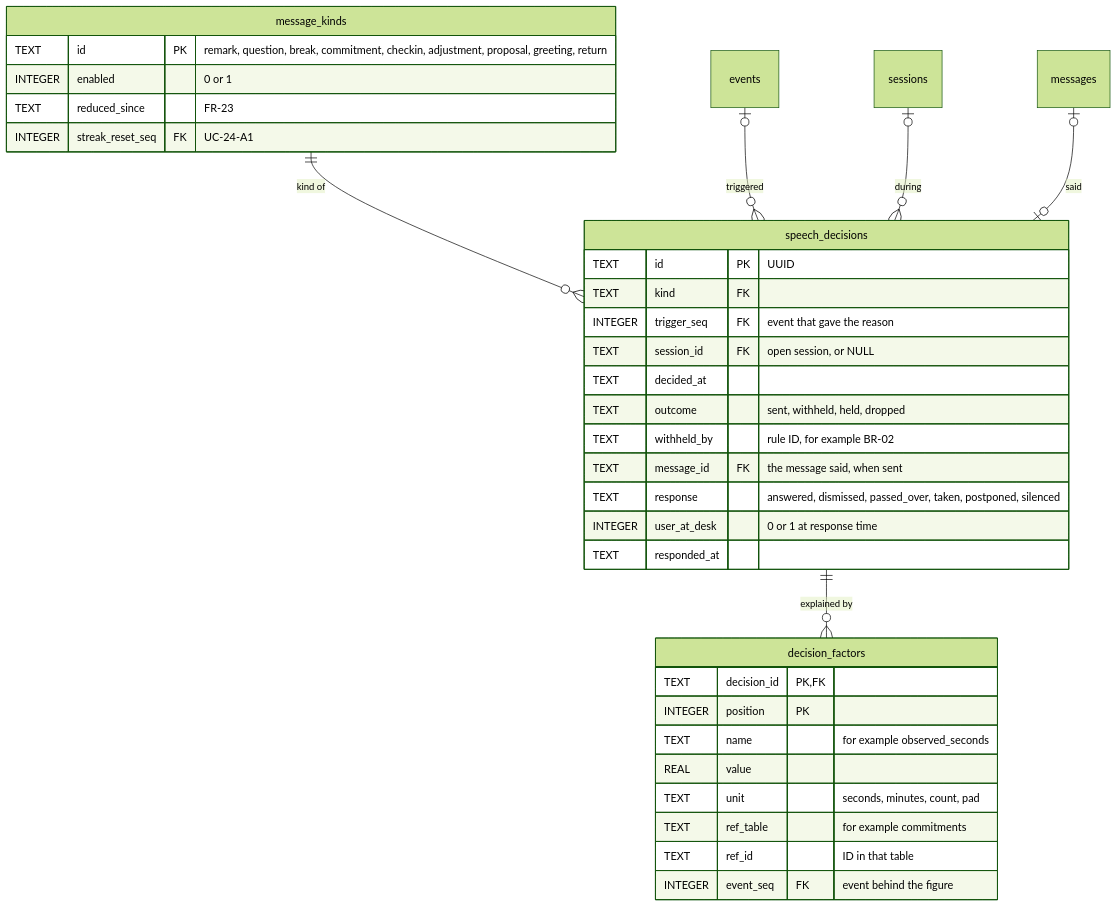
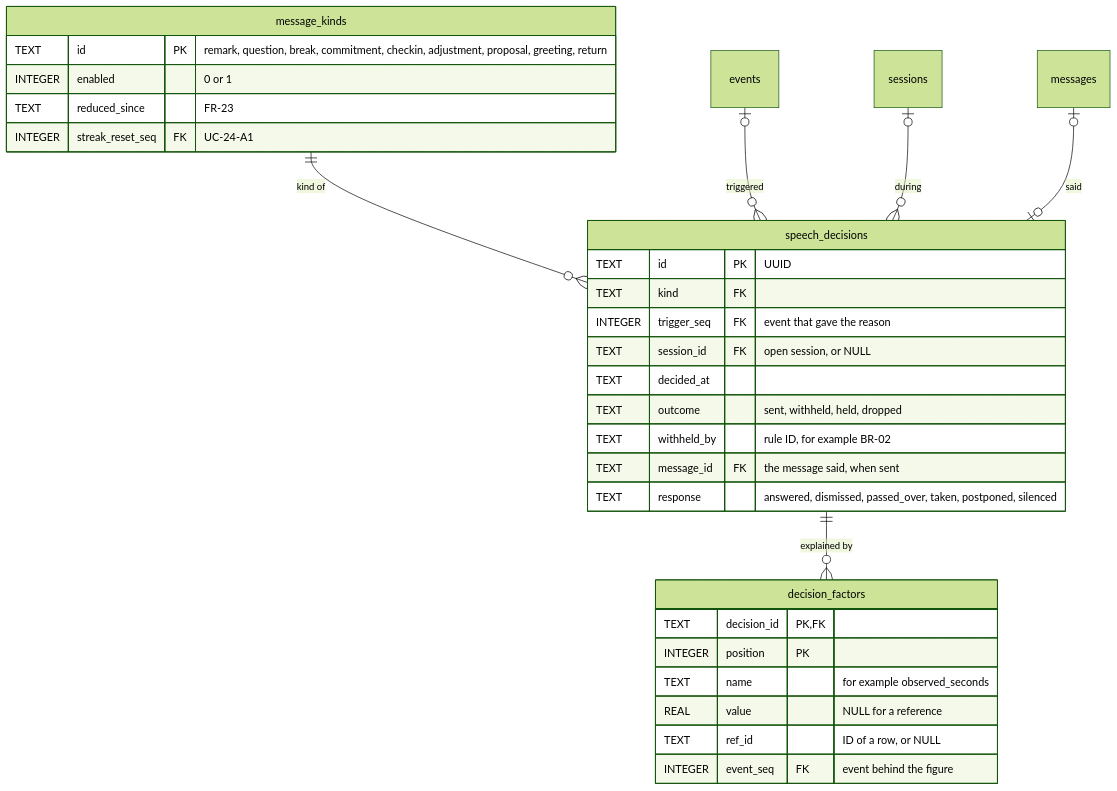
One commit to NguyenVu04/cognia changed the ninth of 10 diagrams in docs/ERD.md. Above: the diagram before and after it, drawn with Mermaid (forest theme). The commit also changed other lines of this file and 40 other files, not shown here.

````diff
--- a/docs/ERD.md
+++ b/docs/ERD.md
@@ -839,37 +848,33 @@
 ```mermaid
 erDiagram
     message_kinds {
         TEXT id PK "remark, question, break, commitment, checkin, adjustment, proposal, greeting, return"
         INTEGER enabled "0 or 1"
         TEXT reduced_since "FR-23"
         INTEGER streak_reset_seq FK "UC-24-A1"
     }
     speech_decisions {
         TEXT id PK "UUID"
         TEXT kind FK
         INTEGER trigger_seq FK "event that gave the reason"
         TEXT session_id FK "open session, or NULL"
         TEXT decided_at
         TEXT outcome "sent, withheld, held, dropped"
         TEXT withheld_by "rule ID, for example BR-02"
         TEXT message_id FK "the message said, when sent"
         TEXT response "answered, dismissed, passed_over, taken, postponed, silenced"
-        INTEGER user_at_desk "0 or 1 at response time"
-        TEXT responded_at
     }
     decision_factors {
         TEXT decision_id PK, FK
         INTEGER position PK
         TEXT name "for example observed_seconds"
-        REAL value
-        TEXT unit "seconds, minutes, count, pad"
-        TEXT ref_table "for example commitments"
-        TEXT ref_id "ID in that table"
+        REAL value "NULL for a reference"
+        TEXT ref_id "ID of a row, or NULL"
         INTEGER event_seq FK "event behind the figure"
     }
     message_kinds ||--o{ speech_decisions : "kind of"
     events |o--o{ speech_decisions : "triggered"
     sessions |o--o{ speech_decisions : "during"
     messages |o--o| speech_decisions : "said"
     speech_decisions ||--o{ decision_factors : "explained by"
 ```
````
